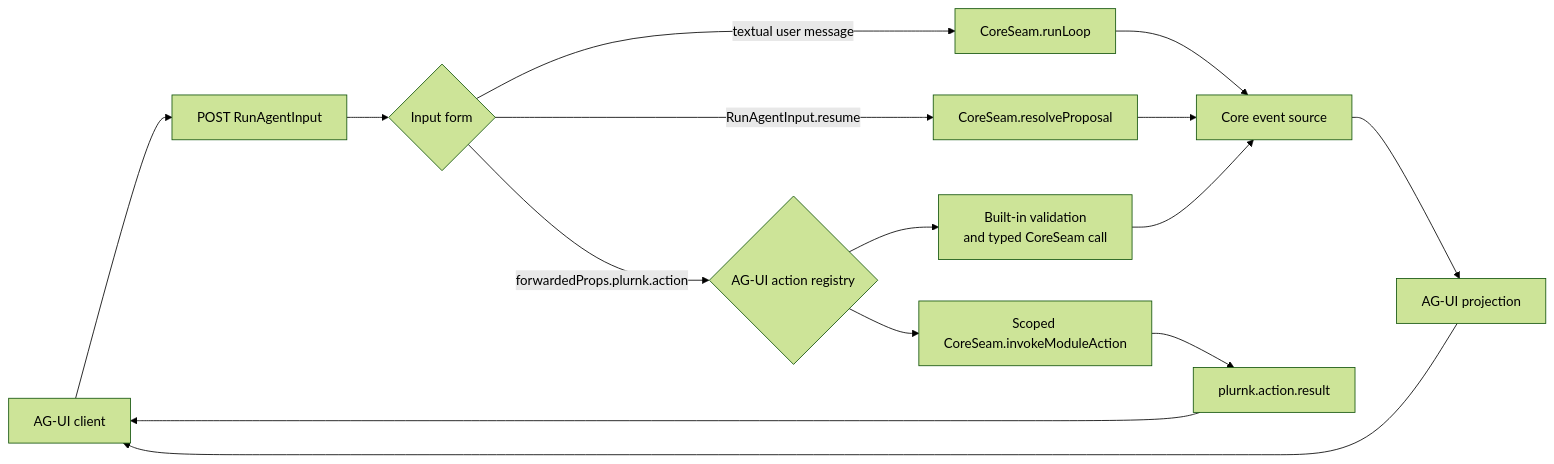
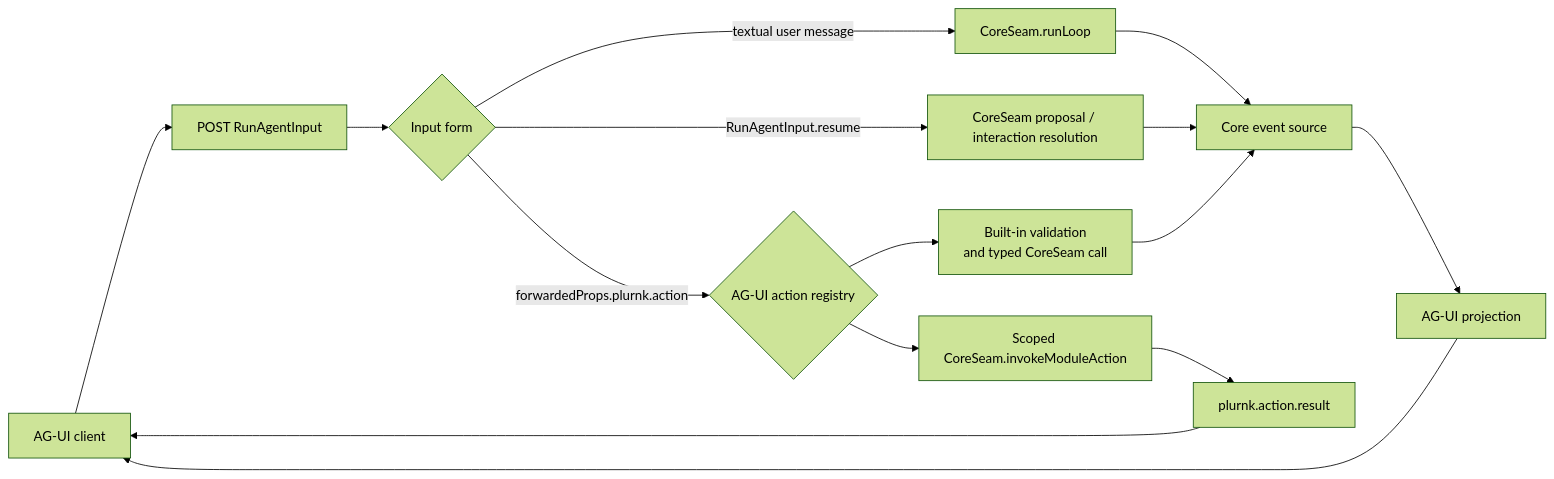
The diagram in plurnk-agui/SPEC.md (plurnk/plurnk-service), drawn with Mermaid (forest theme) before and after one commit. The commit also changed other lines of this file and 80 other files, not shown here.

````diff
--- a/plurnk-agui/SPEC.md
+++ b/plurnk-agui/SPEC.md
@@ -166,17 +173,17 @@
 ```mermaid
 flowchart LR
     client["AG-UI client"] --> run["POST RunAgentInput"]
     run --> classify{"Input form"}
     classify -->|"textual user message"| loop["CoreSeam.runLoop"]
-    classify -->|"RunAgentInput.resume"| proposal["CoreSeam.resolveProposal"]
+    classify -->|"RunAgentInput.resume"| resume["CoreSeam proposal / interaction resolution"]
     classify -->|"forwardedProps.plurnk.action"| actions{"AG-UI action registry"}
     actions --> builtIn["Built-in validation<br/>and typed CoreSeam call"]
     actions --> extension["Scoped CoreSeam.invokeModuleAction"]
     loop --> events["Core event source"]
-    proposal --> events
+    resume --> events
     builtIn --> events
     events --> projection["AG-UI projection"]
     extension --> result["plurnk.action.result"]
     projection --> client
     result --> client
 ```
````
